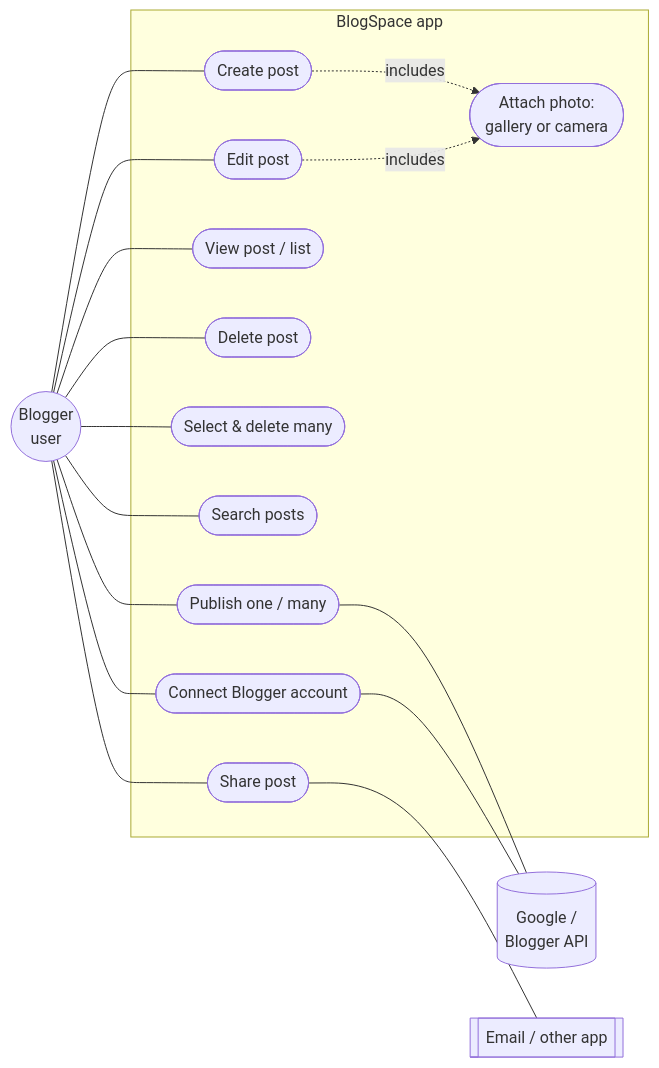
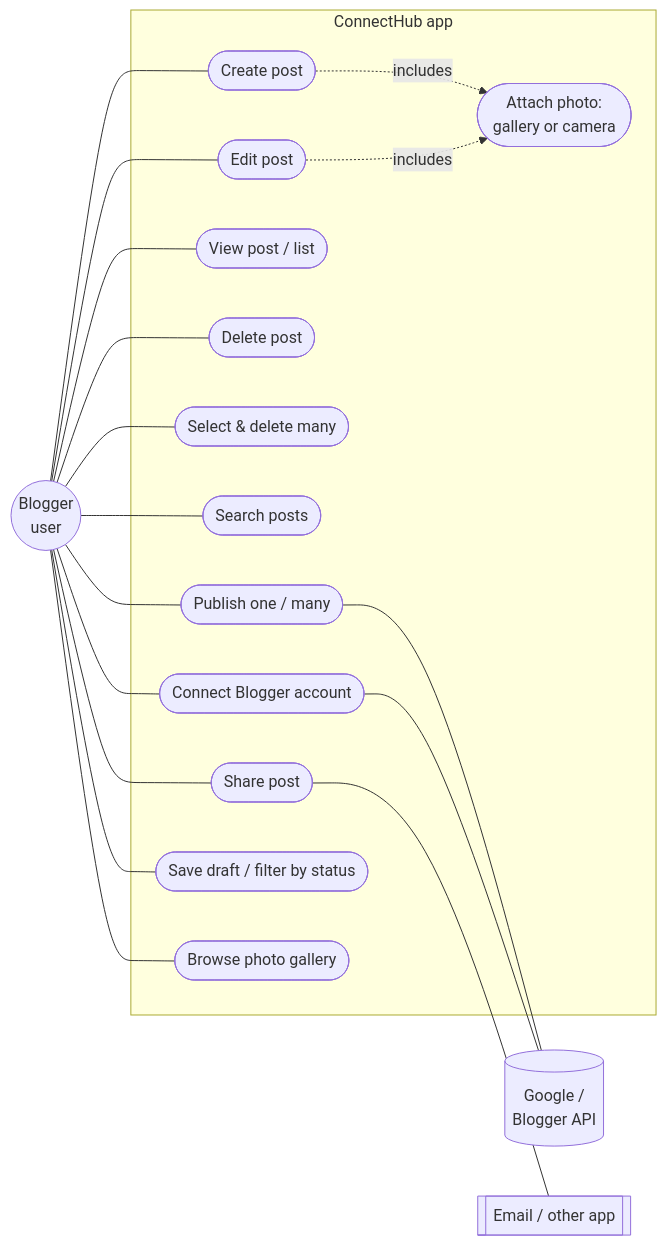
Before and after one commit to DilmiRathnayake/secure-blog-app-android: the first of 5 diagrams in docs/DESIGN.md, drawn with Mermaid. The commit also changed other lines of this file and 170 other files, not shown here.

First line of the commit message:
Redesign as ConnectHub: premium Material 3 UI, drafts, upload queue, gallery, profile

````diff
--- a/docs/DESIGN.md
+++ b/docs/DESIGN.md
@@ -7,24 +7,26 @@
 ```mermaid
 flowchart LR
     U((Blogger<br/>user))
     G[(Google /<br/>Blogger API)]
     E[[Email / other app]]
-    subgraph BlogSpace app
+    subgraph ConnectHub app
         UC1([Create post])
         UC2([Edit post])
         UC3([View post / list])
         UC4([Delete post])
         UC5([Select & delete many])
         UC6([Search posts])
         UC7([Attach photo:<br/>gallery or camera])
         UC8([Share post])
         UC9([Publish one / many])
         UC10([Connect Blogger account])
+        UC11([Save draft / filter by status])
+        UC12([Browse photo gallery])
     end
-    U --- UC1 & UC2 & UC3 & UC4 & UC5 & UC6 & UC8 & UC9 & UC10
+    U --- UC1 & UC2 & UC3 & UC4 & UC5 & UC6 & UC8 & UC9 & UC10 & UC11 & UC12
     UC1 -. includes .-> UC7
     UC2 -. includes .-> UC7
     UC8 --- E
     UC9 --- G
     UC10 --- G
 ```
````
